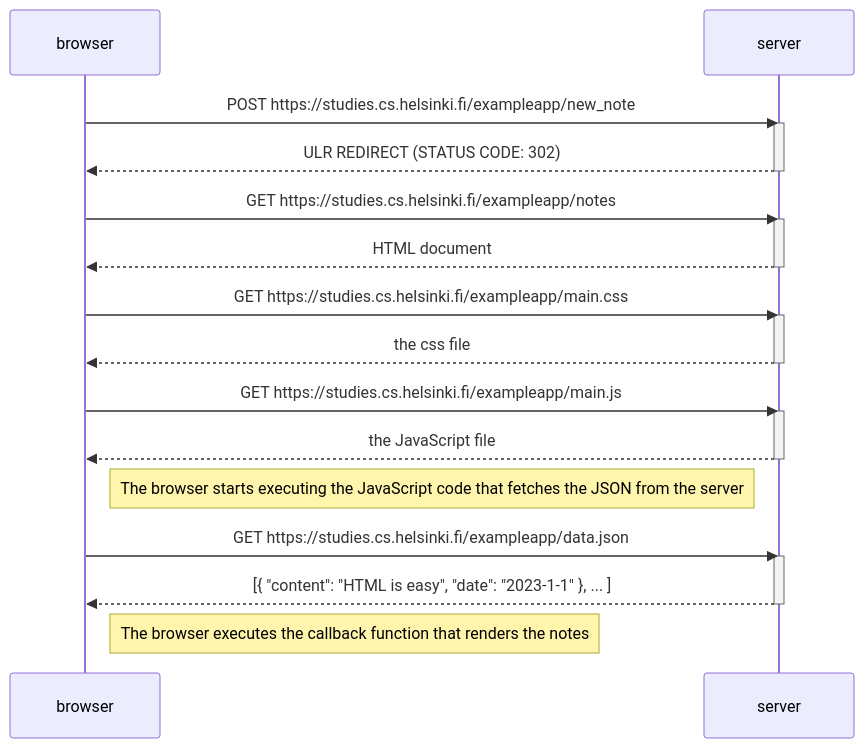
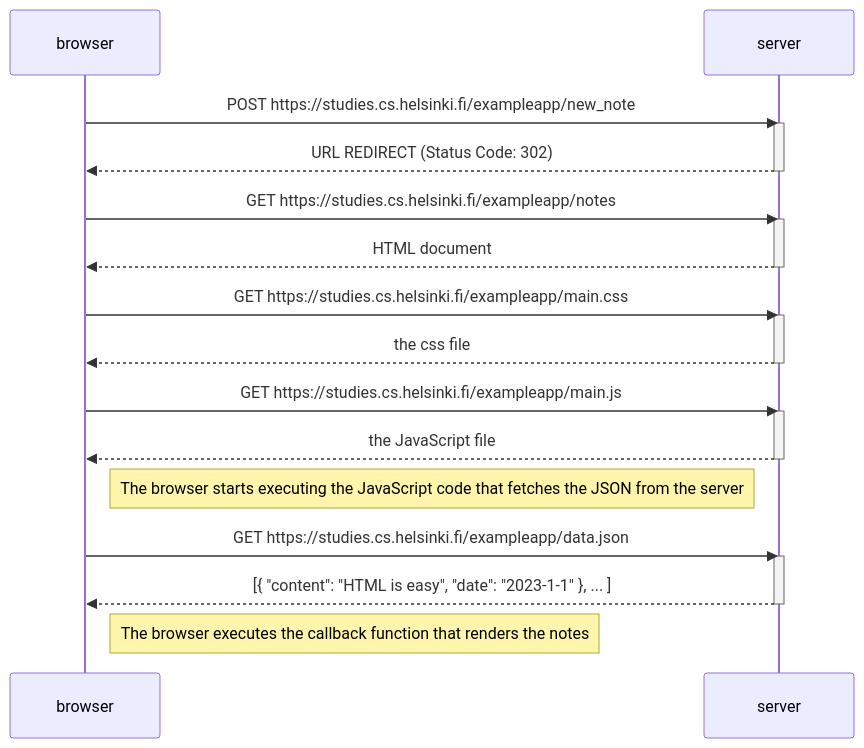
Before and after one commit to lucabk/Full-Stack-Open: the diagram in part0/0.4_sequence_diagram.mmd, drawn with Mermaid.

```diff
--- a/part0/0.4_sequence_diagram.mmd
+++ b/part0/0.4_sequence_diagram.mmd
@@ -1,32 +1,32 @@
 sequenceDiagram
     participant browser
     participant server
 
     browser->>server: POST https://studies.cs.helsinki.fi/exampleapp/new_note
     activate server
-    server-->>browser: ULR REDIRECT (STATUS CODE: 302)
+    server-->>browser: URL REDIRECT (Status Code: 302)
     deactivate server
 
     browser->>server: GET https://studies.cs.helsinki.fi/exampleapp/notes
     activate server
     server-->>browser: HTML document
     deactivate server
 
     browser->>server: GET https://studies.cs.helsinki.fi/exampleapp/main.css
     activate server
     server-->>browser: the css file
     deactivate server
 
     browser->>server: GET https://studies.cs.helsinki.fi/exampleapp/main.js
     activate server
     server-->>browser: the JavaScript file
     deactivate server
 
     Note right of browser: The browser starts executing the JavaScript code that fetches the JSON from the server
 
     browser->>server: GET https://studies.cs.helsinki.fi/exampleapp/data.json
     activate server
     server-->>browser: [{ "content": "HTML is easy", "date": "2023-1-1" }, ... ]
     deactivate server
 
     Note right of browser: The browser executes the callback function that renders the notes
```
